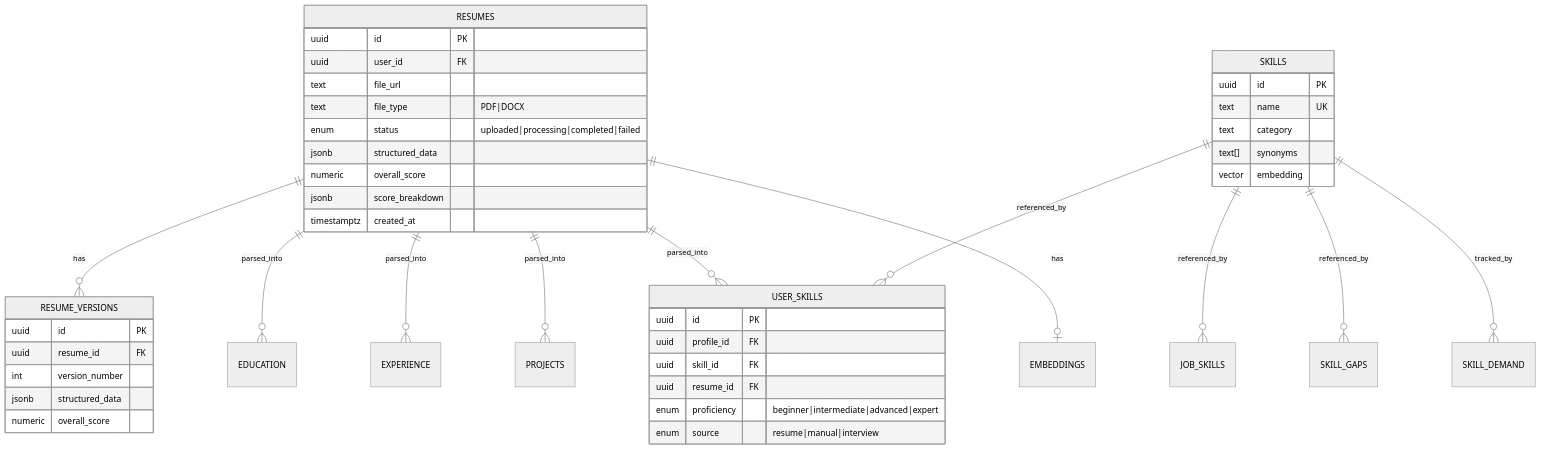
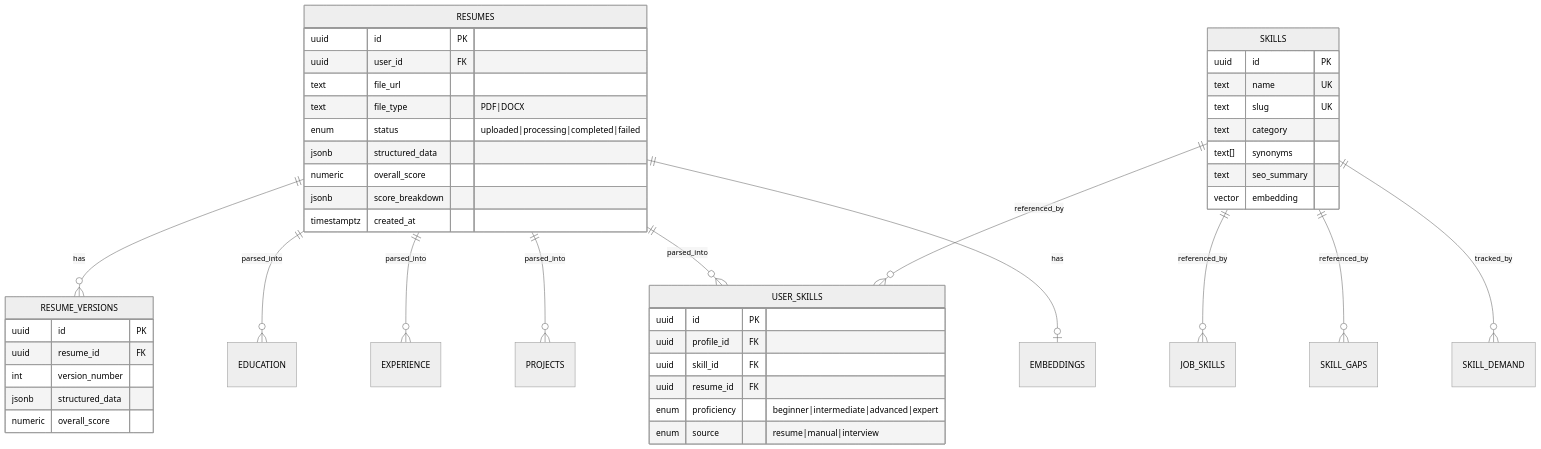
Before and after one commit to ArhamMinhas/CareerAI: the second of 6 diagrams in docs/DATABASE.md, drawn with Mermaid (neutral theme). The commit also changed other lines of this file and 7 other files, not shown here.

````diff
--- a/docs/DATABASE.md
+++ b/docs/DATABASE.md
@@ -73,47 +73,49 @@
 ```mermaid
 erDiagram
     RESUMES ||--o{ RESUME_VERSIONS : has
     RESUMES ||--o{ EDUCATION : parsed_into
     RESUMES ||--o{ EXPERIENCE : parsed_into
     RESUMES ||--o{ PROJECTS : parsed_into
     RESUMES ||--o{ USER_SKILLS : parsed_into
     RESUMES ||--o| EMBEDDINGS : has
     SKILLS ||--o{ USER_SKILLS : referenced_by
     SKILLS ||--o{ JOB_SKILLS : referenced_by
     SKILLS ||--o{ SKILL_GAPS : referenced_by
     SKILLS ||--o{ SKILL_DEMAND : tracked_by
 
     RESUMES {
         uuid id PK
         uuid user_id FK
         text file_url
         text file_type "PDF|DOCX"
         enum status "uploaded|processing|completed|failed"
         jsonb structured_data
         numeric overall_score
         jsonb score_breakdown
         timestamptz created_at
     }
     RESUME_VERSIONS {
         uuid id PK
         uuid resume_id FK
         int version_number
         jsonb structured_data
         numeric overall_score
     }
     SKILLS {
         uuid id PK
         text name UK
+        text slug UK
         text category
         text[] synonyms
+        text seo_summary
         vector embedding
     }
     USER_SKILLS {
         uuid id PK
         uuid profile_id FK
         uuid skill_id FK
         uuid resume_id FK
         enum proficiency "beginner|intermediate|advanced|expert"
         enum source "resume|manual|interview"
     }
 ```
````
